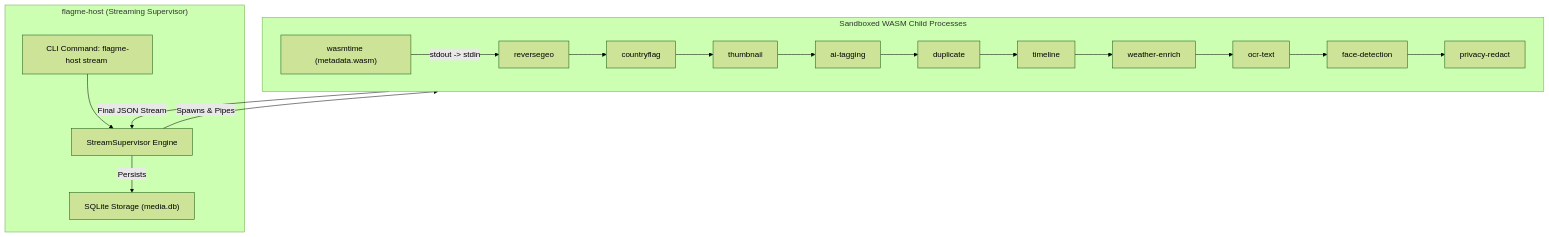
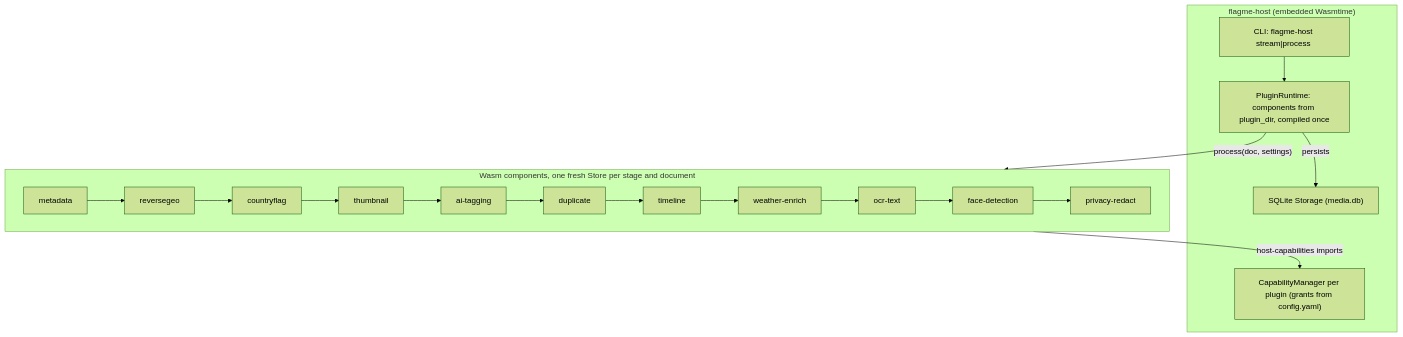
The diagram in docs/pipeline_host_supervisor.md (Zheng-Bote/wasm_geo-host), drawn with Mermaid (forest theme) before and after one commit. The commit also changed other lines of this file and 70 other files, not shown here.

First line of the commit message:
feat(host): run plugins as embedded Wasm components (#30)

````diff
--- a/docs/pipeline_host_supervisor.md
+++ b/docs/pipeline_host_supervisor.md
@@ -11,20 +11,20 @@
 ```mermaid
 flowchart TD
-    subgraph Host["flagme-host (Streaming Supervisor)"]
-        CLI["CLI Command: flagme-host stream <FILE>"]
-        Supervisor["StreamSupervisor Engine"]
+    subgraph Host["flagme-host (embedded Wasmtime)"]
+        CLI["CLI: flagme-host stream|process <FILE>"]
+        Runtime["PluginRuntime: components from plugin_dir, compiled once"]
+        Caps["CapabilityManager per plugin (grants from config.yaml)"]
         Storage["SQLite Storage (media.db)"]
     end
 
-    subgraph Subprocesses["Sandboxed WASM Child Processes"]
+    subgraph Stages["Wasm components, one fresh Store per stage and document"]
         direction LR
-        C1["wasmtime (metadata.wasm)"] -->|"stdout -> stdin"| C2["reversegeo"]
-        C2 --> C3["countryflag"] --> C4["thumbnail"] --> C5["ai-tagging"] --> C6["duplicate"]
+        C1["metadata"] --> C2["reversegeo"] --> C3["countryflag"] --> C4["thumbnail"] --> C5["ai-tagging"] --> C6["duplicate"]
         C6 --> C7["timeline"] --> C8["weather-enrich"] --> C9["ocr-text"] --> C10["face-detection"] --> C11["privacy-redact"]
     end
 
-    CLI --> Supervisor
-    Supervisor -->|"Spawns & Pipes"| Subprocesses
-    Subprocesses -->|"Final JSON Stream"| Supervisor
-    Supervisor -->|"Persists"| Storage
+    CLI --> Runtime
+    Runtime -->|"process(doc, settings)"| Stages
+    Stages -->|"host-capabilities imports"| Caps
+    Runtime -->|"persists"| Storage
 ```
````
